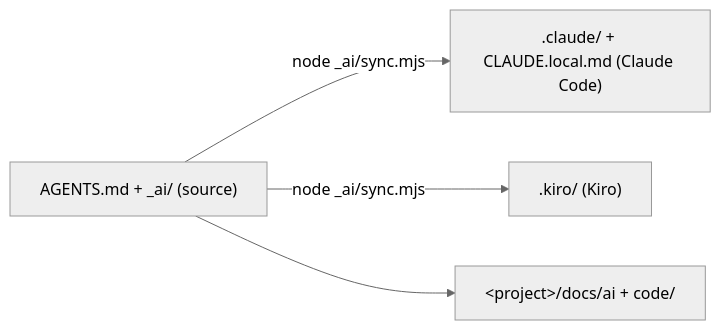
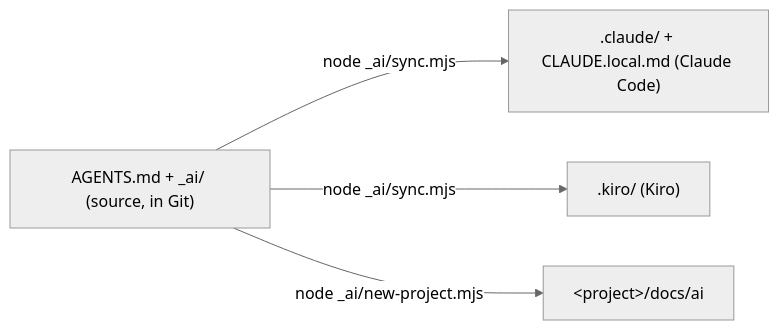
One commit to GociuRadu/AI-Setup changed the diagram in README.md. Above: the diagram before and after it, drawn with Mermaid (neutral theme). The commit also changed other lines of this file and 3 other files, not shown here.

````diff
--- a/README.md
+++ b/README.md
@@ -5,6 +5,6 @@
 ```mermaid
 flowchart LR
-  S["AGENTS.md + _ai/ (source)"] -->|node _ai/sync.mjs| G[".claude/ + CLAUDE.local.md (Claude Code)"]
+  S["AGENTS.md + _ai/ (source, in Git)"] -->|node _ai/sync.mjs| C[".claude/ + CLAUDE.local.md (Claude Code)"]
   S -->|node _ai/sync.mjs| K[".kiro/ (Kiro)"]
-  S --> P["&lt;project&gt;/docs/ai + code/"]
+  S -->|node _ai/new-project.mjs| P["&lt;project&gt;/docs/ai"]
 ```
````
